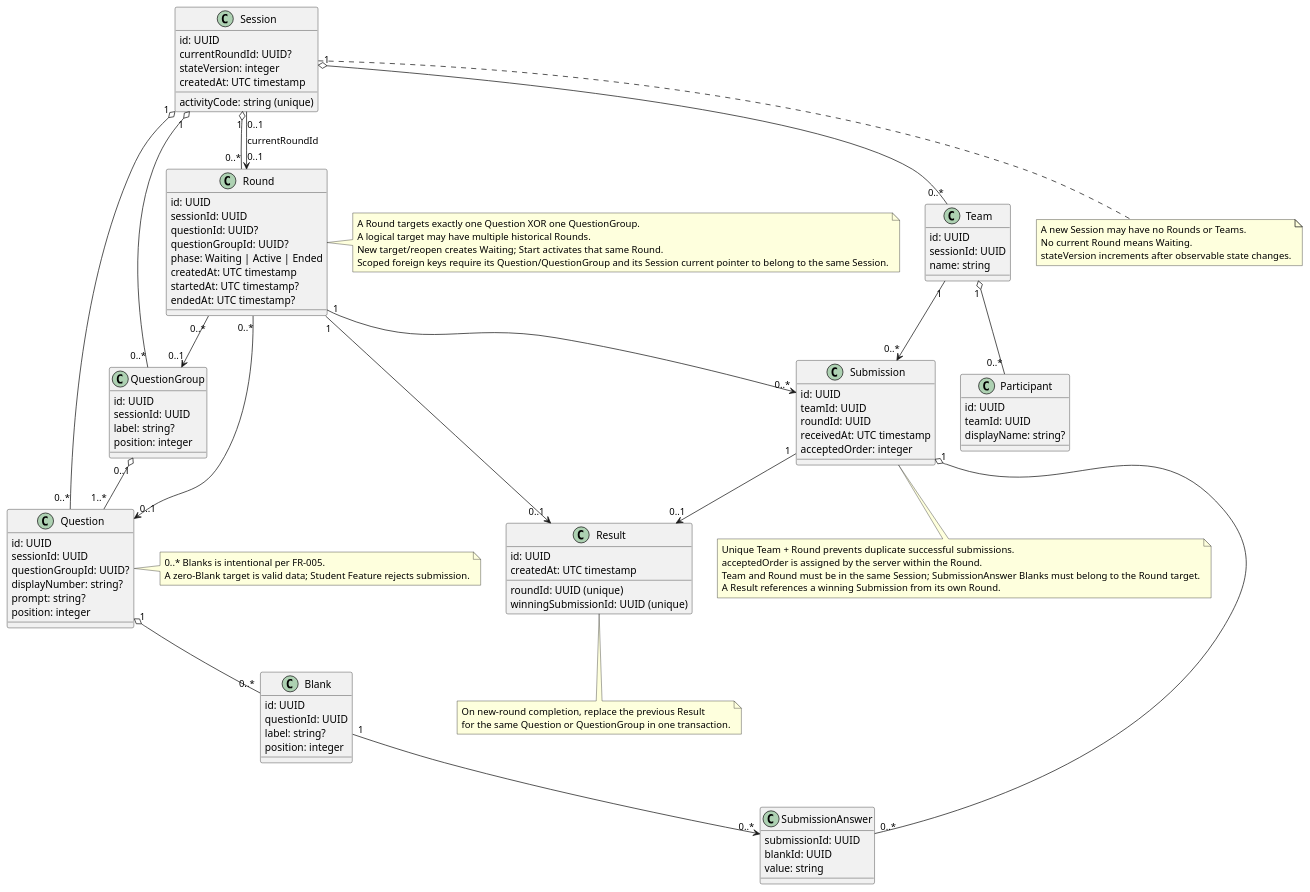
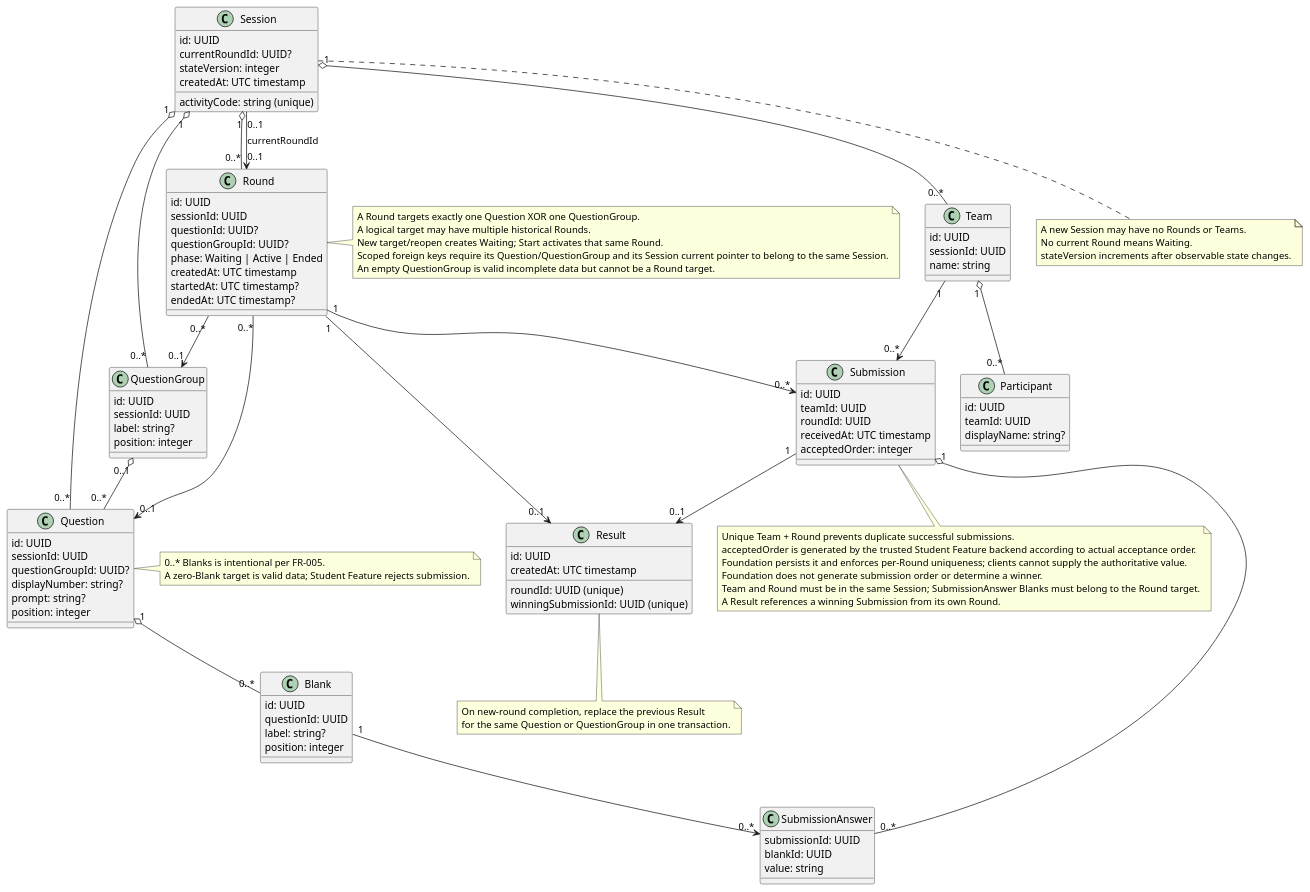
One commit to yuyu-lcoavte/quiz-system changed the diagram in diagrams/foundation-class.puml. Above: the diagram before and after it, drawn with PlantUML. The commit also changed 23 other files, not shown here.

Commit message:
feat(foundation): implement shared data model and persistence

```diff
--- a/diagrams/foundation-class.puml
+++ b/diagrams/foundation-class.puml
@@ -1,108 +1,111 @@
 @startuml
 class Session {
   id: UUID
   activityCode: string (unique)
   currentRoundId: UUID?
   stateVersion: integer
   createdAt: UTC timestamp
 }
 class Round {
   id: UUID
   sessionId: UUID
   questionId: UUID?
   questionGroupId: UUID?
   phase: Waiting | Active | Ended
   createdAt: UTC timestamp
   startedAt: UTC timestamp?
   endedAt: UTC timestamp?
 }
 class Question {
   id: UUID
   sessionId: UUID
   questionGroupId: UUID?
   displayNumber: string?
   prompt: string?
   position: integer
 }
 class Blank {
   id: UUID
   questionId: UUID
   label: string?
   position: integer
 }
 class QuestionGroup {
   id: UUID
   sessionId: UUID
   label: string?
   position: integer
 }
 class Team {
   id: UUID
   sessionId: UUID
   name: string
 }
 class Participant {
   id: UUID
   teamId: UUID
   displayName: string?
 }
 class Submission {
   id: UUID
   teamId: UUID
   roundId: UUID
   receivedAt: UTC timestamp
   acceptedOrder: integer
 }
 class SubmissionAnswer {
   submissionId: UUID
   blankId: UUID
   value: string
 }
 class Result {
   id: UUID
   roundId: UUID (unique)
   winningSubmissionId: UUID (unique)
   createdAt: UTC timestamp
 }
 Session "1" o-- "0..*" Round
 Session "0..1" --> "0..1" Round : currentRoundId
 Session "1" o-- "0..*" Question
 Session "1" o-- "0..*" QuestionGroup
 Session "1" o-- "0..*" Team
 Round "0..*" --> "0..1" Question
 Round "0..*" --> "0..1" QuestionGroup
 Question "1" o-- "0..*" Blank
-QuestionGroup "0..1" o-- "1..*" Question
+QuestionGroup "0..1" o-- "0..*" Question
 Team "1" o-- "0..*" Participant
 Team "1" --> "0..*" Submission
 Round "1" --> "0..*" Submission
 Submission "1" o-- "0..*" SubmissionAnswer
 Blank "1" --> "0..*" SubmissionAnswer
 Round "1" --> "0..1" Result
 Submission "1" --> "0..1" Result
 note right of Round
 A Round targets exactly one Question XOR one QuestionGroup.
 A logical target may have multiple historical Rounds.
 New target/reopen creates Waiting; Start activates that same Round.
 Scoped foreign keys require its Question/QuestionGroup and its Session current pointer to belong to the same Session.
+An empty QuestionGroup is valid incomplete data but cannot be a Round target.
 end note
 note bottom of Submission
 Unique Team + Round prevents duplicate successful submissions.
-acceptedOrder is assigned by the server within the Round.
+acceptedOrder is generated by the trusted Student Feature backend according to actual acceptance order.
+Foundation persists it and enforces per-Round uniqueness; clients cannot supply the authoritative value.
+Foundation does not generate submission order or determine a winner.
 Team and Round must be in the same Session; SubmissionAnswer Blanks must belong to the Round target.
 A Result references a winning Submission from its own Round.
 end note
 note bottom of Session
 A new Session may have no Rounds or Teams.
 No current Round means Waiting.
 stateVersion increments after observable state changes.
 end note
 note right of Question
 0..* Blanks is intentional per FR-005.
 A zero-Blank target is valid data; Student Feature rejects submission.
 end note
 note bottom of Result
 On new-round completion, replace the previous Result
 for the same Question or QuestionGroup in one transaction.
 end note
 @enduml
```
